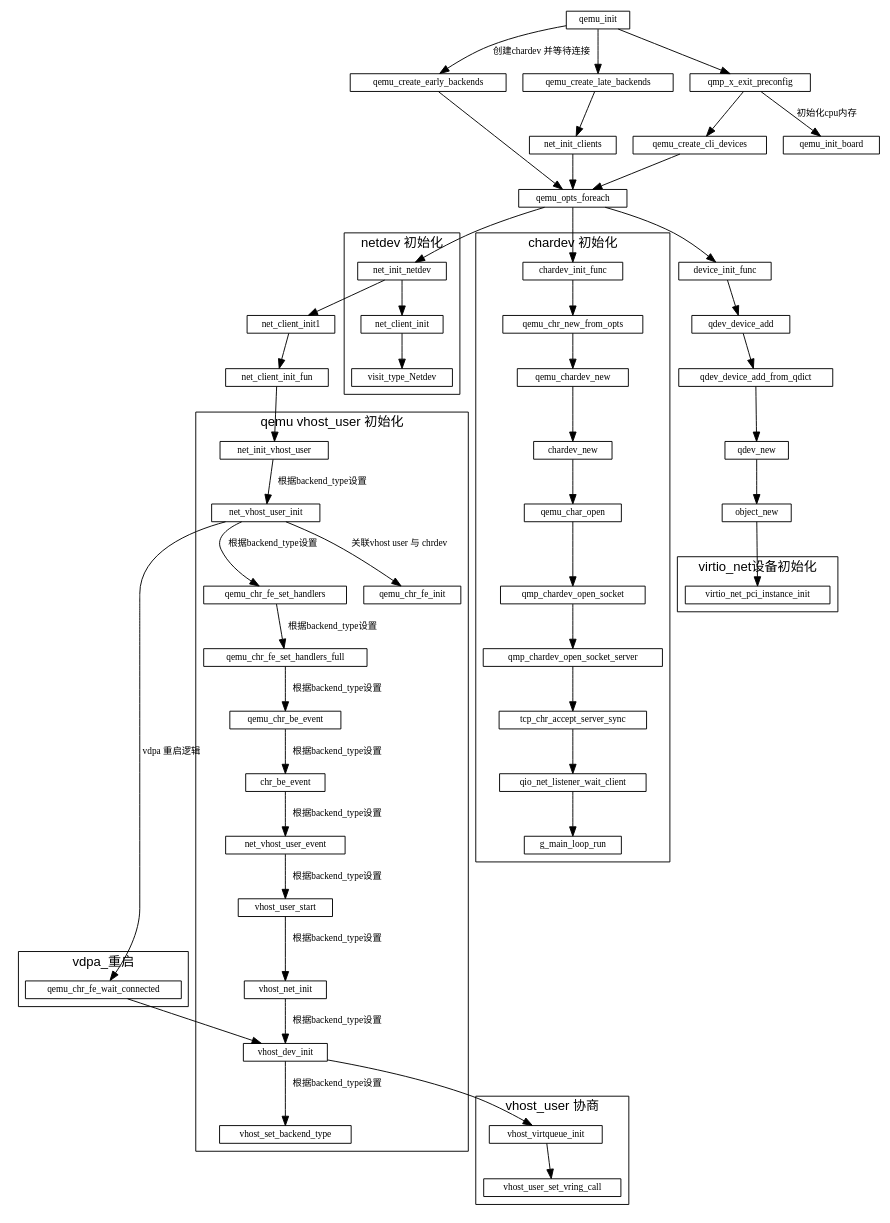
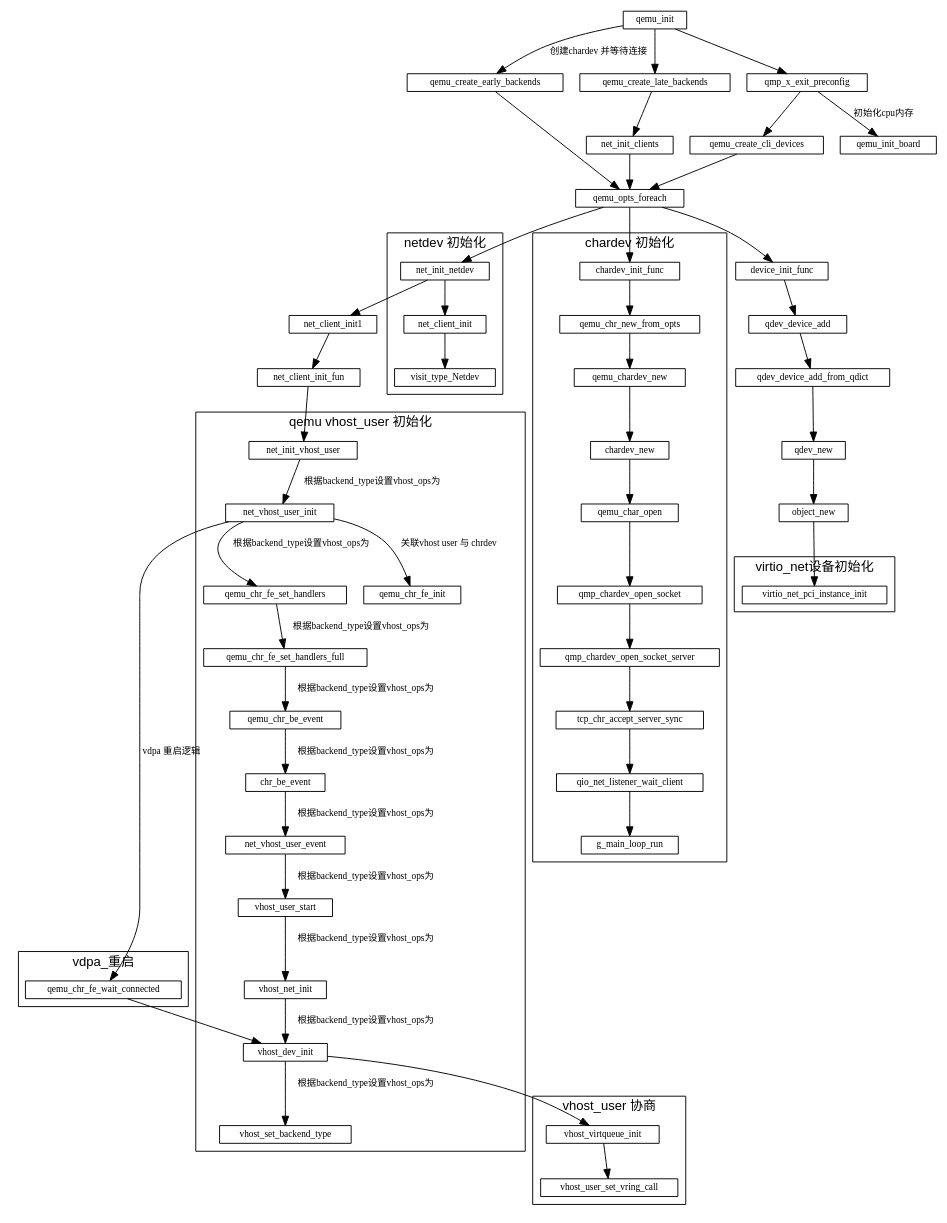
The diagram in qemu/qemu初始化.md (sisyphus1212/note), drawn with Graphviz before and after one commit.

Commit message:
auto_update

```diff
--- a/qemu/qemu初始化.md
+++ b/qemu/qemu初始化.md
@@ -58,7 +58,7 @@
                             -> vhost_user_start
                             -> vhost_net_init
                             -> vhost_dev_init
-                            -> vhost_set_backend_type[label="根据backend_type设置"]
+                            -> vhost_set_backend_type[label="根据backend_type设置vhost_ops为"]
 
 
         net_vhost_user_init -> qemu_chr_fe_init[label="关联vhost user 与 chrdev"]
```
